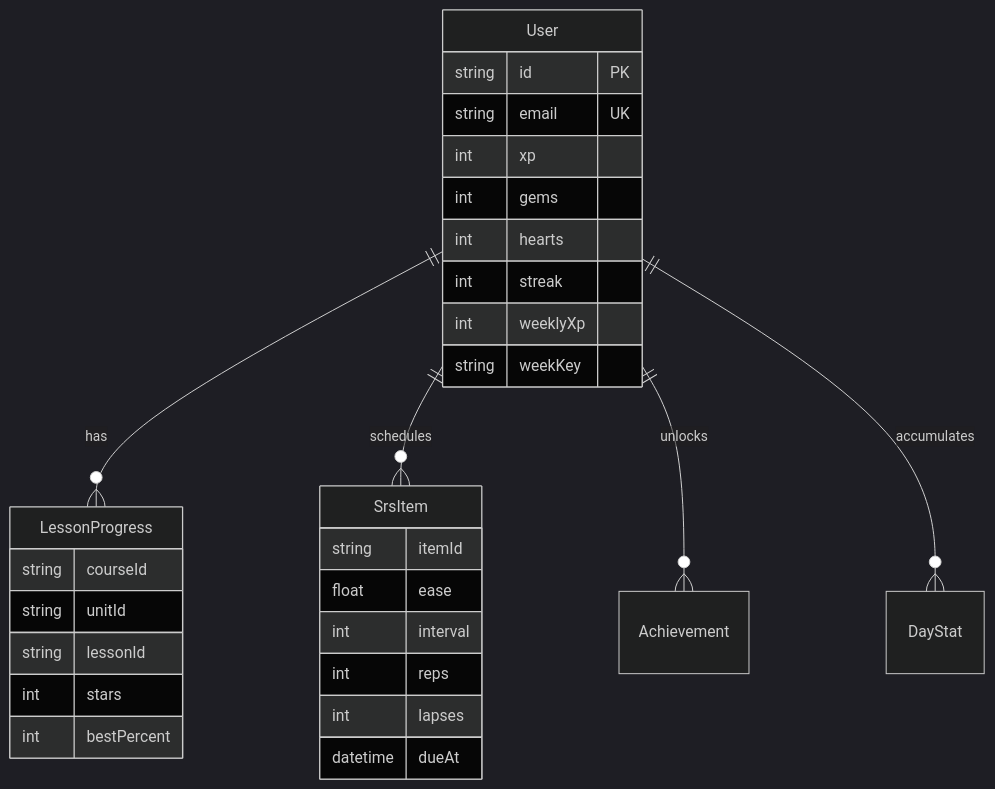
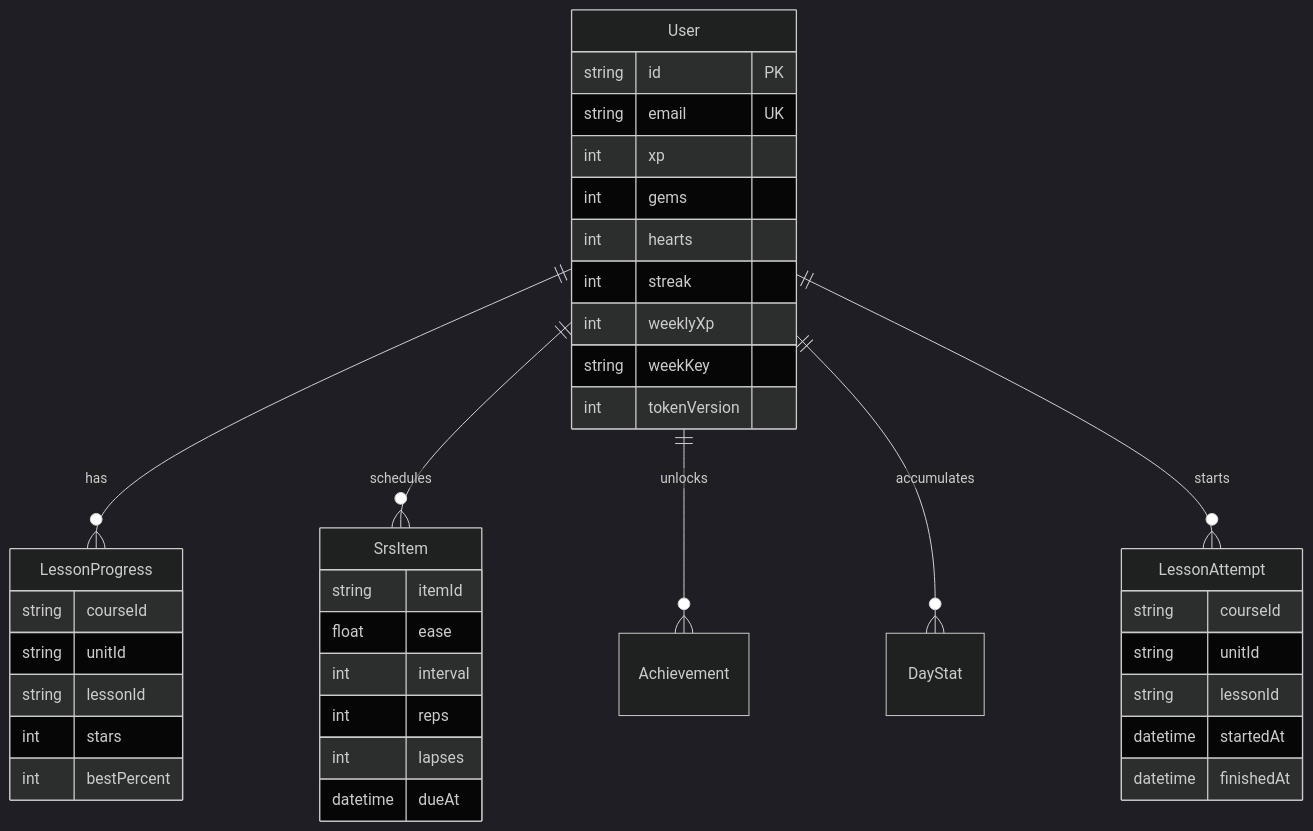
One commit to Venius24/duoduo changed the second of 2 diagrams in docs/architecture.md. Above: the diagram before and after it, drawn with Mermaid (dark theme). The commit also changed other lines of this file and 5 other files, not shown here.

Commit message:
docs: update README, architecture, ADR index, changelog and contributing guide

````diff
--- a/docs/architecture.md
+++ b/docs/architecture.md
@@ -64,32 +70,41 @@
 ```mermaid
 erDiagram
     User ||--o{ LessonProgress : has
     User ||--o{ SrsItem : schedules
     User ||--o{ Achievement : unlocks
     User ||--o{ DayStat : accumulates
+    User ||--o{ LessonAttempt : starts
     User {
         string id PK
         string email UK
         int xp
         int gems
         int hearts
         int streak
         int weeklyXp
         string weekKey
+        int tokenVersion
+    }
+    LessonAttempt {
+        string courseId
+        string unitId
+        string lessonId
+        datetime startedAt
+        datetime finishedAt
     }
     LessonProgress {
         string courseId
         string unitId
         string lessonId
         int stars
         int bestPercent
     }
     SrsItem {
         string itemId
         float ease
         int interval
         int reps
         int lapses
         datetime dueAt
     }
 ```
````
